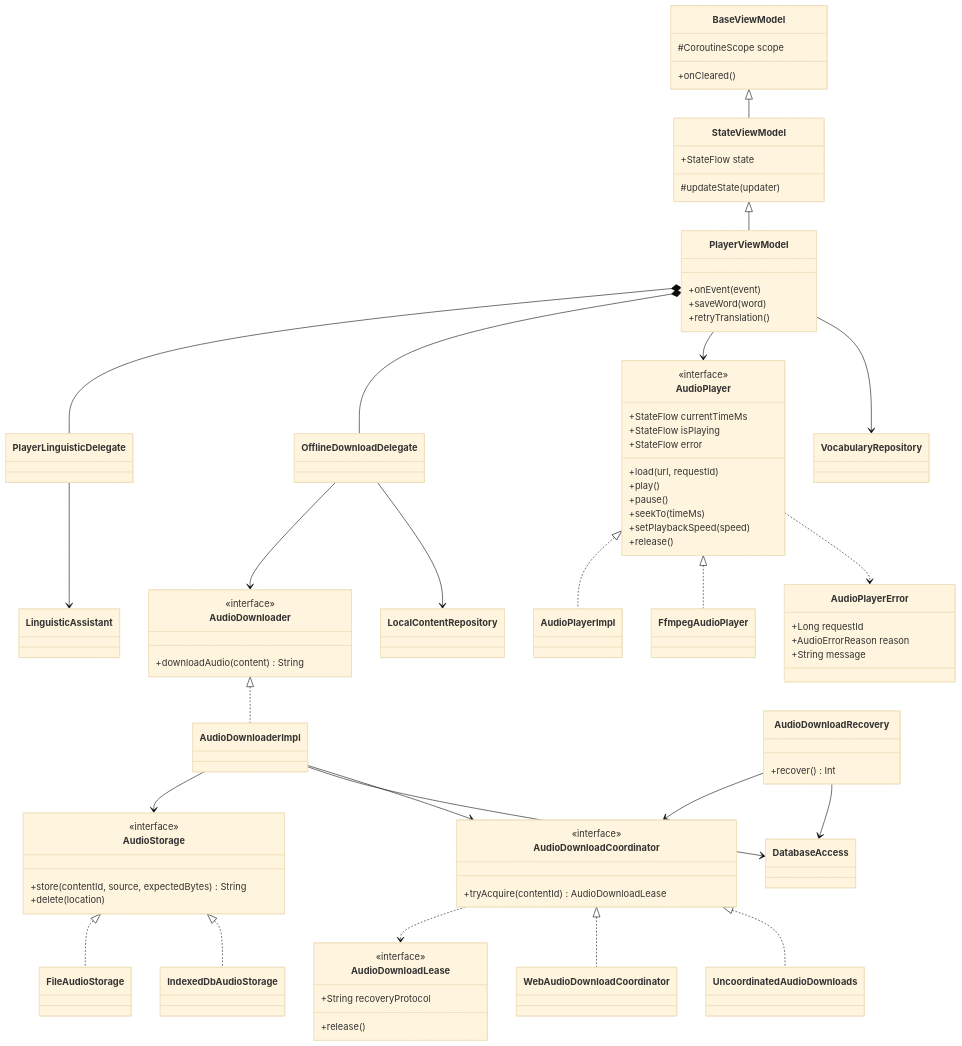
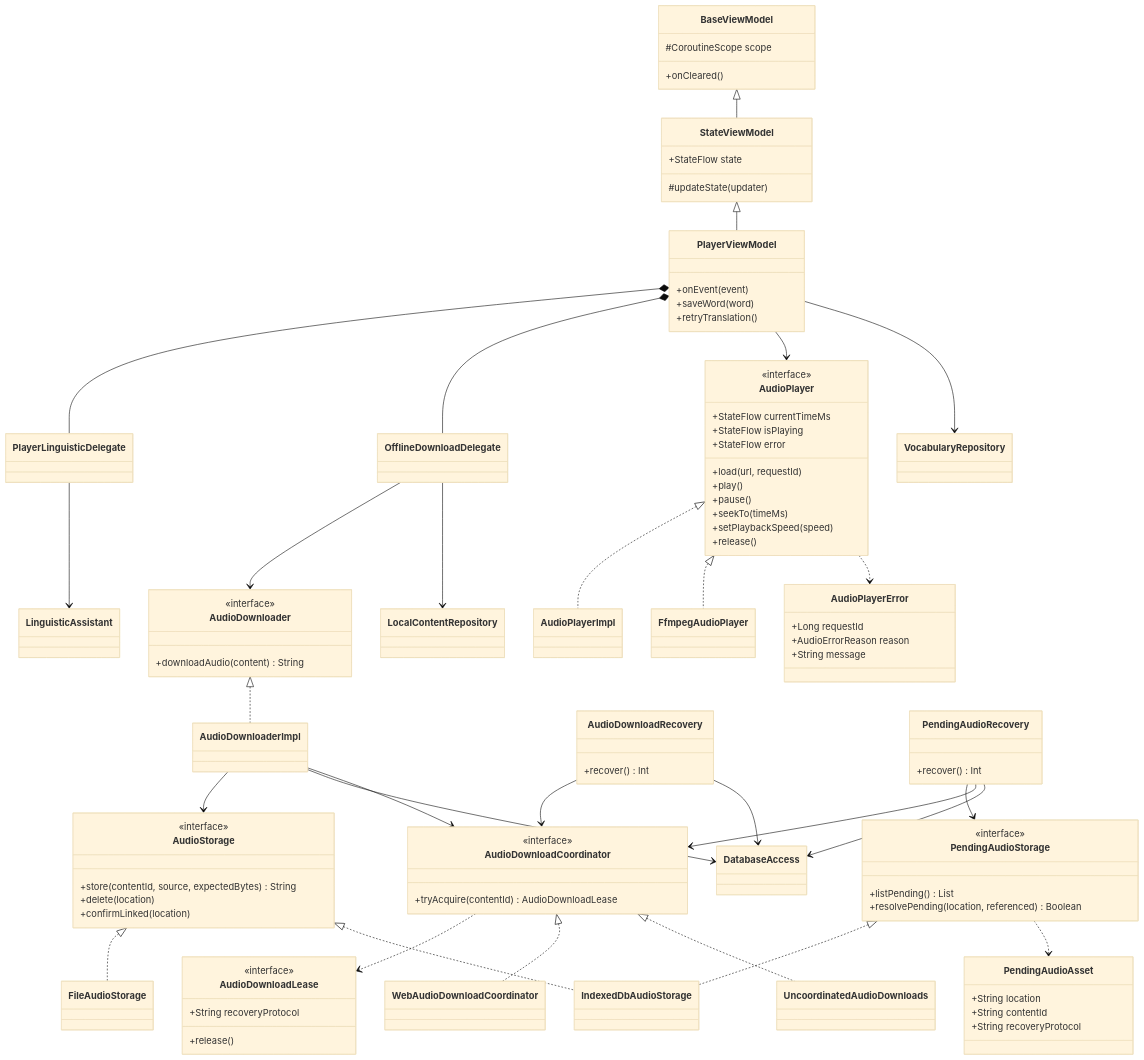
The third of 4 diagrams in docs/UML_CLASSES.md (ursusandwolf/langkraft), drawn with Mermaid (base theme) before and after one commit. The commit also changed other lines of this file and 19 other files, not shown here.

Commit message:
fix: reconcile published pending browser audio with SQL references

```diff
--- a/docs/UML_CLASSES.md
+++ b/docs/UML_CLASSES.md
@@ -170,9 +170,23 @@
         <<interface>>
         +store(contentId, source, expectedBytes) String
         +delete(location)
+        +confirmLinked(location)
     }
     class FileAudioStorage
     class IndexedDbAudioStorage
+    class PendingAudioStorage {
+        <<interface>>
+        +listPending() List
+        +resolvePending(location, referenced) Boolean
+    }
+    class PendingAudioAsset {
+        +String location
+        +String contentId
+        +String recoveryProtocol
+    }
+    class PendingAudioRecovery {
+        +recover() Int
+    }
     class AudioPlayer {
         <<interface>>
         +StateFlow currentTimeMs
@@ -212,6 +226,11 @@
     AudioDownloadRecovery --> DatabaseAccess
     AudioStorage <|.. FileAudioStorage
     AudioStorage <|.. IndexedDbAudioStorage
+    PendingAudioStorage <|.. IndexedDbAudioStorage
+    PendingAudioStorage ..> PendingAudioAsset
+    PendingAudioRecovery --> PendingAudioStorage
+    PendingAudioRecovery --> AudioDownloadCoordinator
+    PendingAudioRecovery --> DatabaseAccess
     AudioPlayer <|.. AudioPlayerImpl
     AudioPlayer <|.. FfmpegAudioPlayer
     AudioPlayer ..> AudioPlayerError
```
